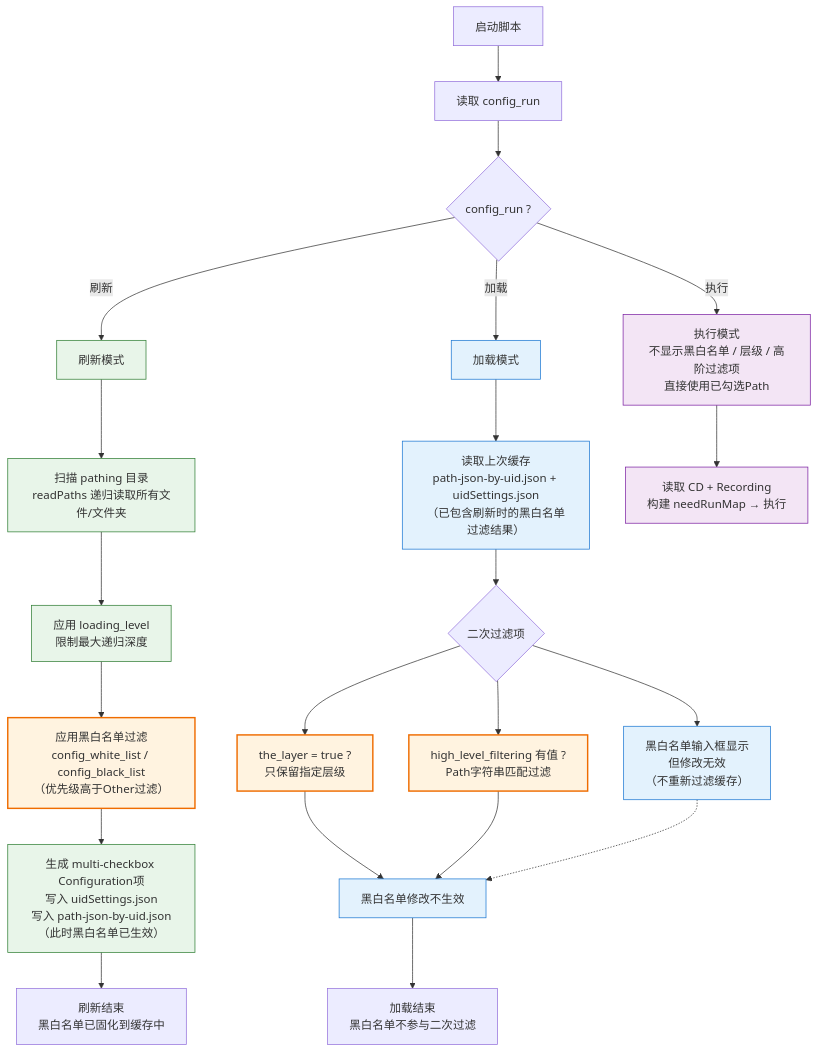
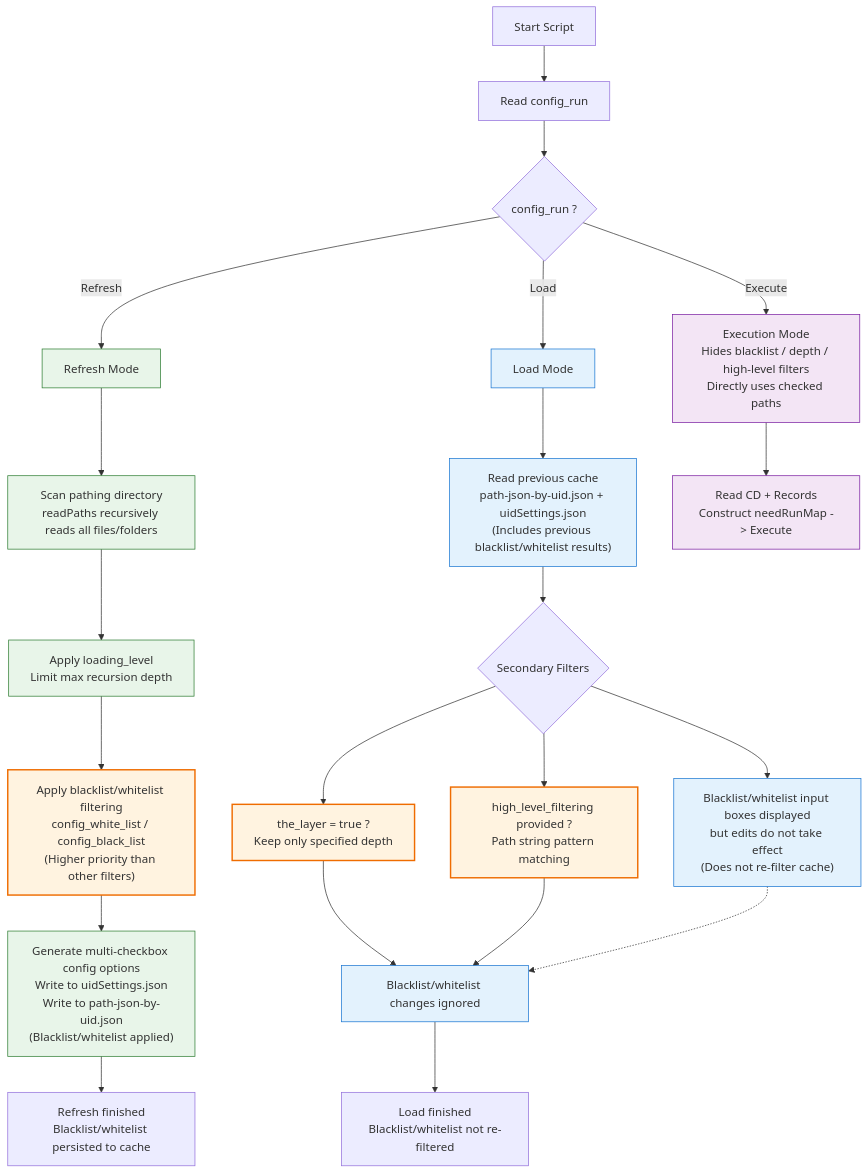
The first of 2 diagrams in repo/js/FullyAutoAndSemiAutoTools/README.md (krammarkro/bettergi-scripts-list-en), drawn with Mermaid before and after one commit. The commit also changed other lines of this file and 91 other files, not shown here.

````diff
--- a/repo/js/FullyAutoAndSemiAutoTools/README.md
+++ b/repo/js/FullyAutoAndSemiAutoTools/README.md
@@ -86,54 +87,54 @@
 ```mermaid
 graph TD
-  A[启动脚本] --> B[读取 config_run]
+  A["Start Script"] --> B["Read config_run"]
 
-  B --> C{config_run ?}
+  B --> C{"config_run ?"}
 
-%% ────────────── 刷新模式 ──────────────
-  C -->|刷新| Refresh[刷新模式]
+%% ────────────── Refresh Mode ──────────────
+  C -->|Refresh| Refresh["Refresh Mode"]
 
-  Refresh --> Scan[扫描 pathing 目录<br>readPaths 递归读取所有文件/文件夹]
+  Refresh --> Scan["Scan pathing directory<br>readPaths recursively reads all files/folders"]
 
-  Scan --> Depth[应用 loading_level<br>限制最大递归深度]
+  Scan --> Depth["Apply loading_level<br>Limit max recursion depth"]
 
-  Depth --> BlackWhite[应用黑白名单过滤<br>config_white_list / config_black_list<br>（优先级高于Other过滤）]
+  Depth --> BlackWhite["Apply blacklist/whitelist filtering<br>config_white_list / config_black_list<br>(Higher priority than other filters)"]
 
-BlackWhite --> Generate[生成 multi-checkbox Configuration项<br>写入 uidSettings.json<br>写入 path-json-by-uid.json<br>（此时黑白名单已生效）]
+  BlackWhite --> Generate["Generate multi-checkbox config options<br>Write to uidSettings.json<br>Write to path-json-by-uid.json<br>(Blacklist/whitelist applied)"]
 
-Generate --> RefreshEnd[刷新结束<br>黑白名单已固化到缓存中]
+  Generate --> RefreshEnd["Refresh finished<br>Blacklist/whitelist persisted to cache"]
 
-%% ────────────── 加载模式 ──────────────
-C -->|加载| Load[加载模式]
+%% ────────────── Load Mode ──────────────
+  C -->|Load| Load["Load Mode"]
 
-Load --> ReadCache[读取上次缓存<br>path-json-by-uid.json + uidSettings.json<br>（已包含刷新时的黑白名单过滤结果）]
+  Load --> ReadCache["Read previous cache<br>path-json-by-uid.json + uidSettings.json<br>(Includes previous blacklist/whitelist results)"]
 
-ReadCache --> LoadFilter{二次过滤项}
+  ReadCache --> LoadFilter{"Secondary Filters"}
 
-LoadFilter --> TheLayer[the_layer = true ?<br>只保留指定层级]
+  LoadFilter --> TheLayer["the_layer = true ?<br>Keep only specified depth"]
 
-LoadFilter --> HighFilter[high_level_filtering 有值 ?<br>Path字符串匹配过滤]
+  LoadFilter --> HighFilter["high_level_filtering provided ?<br>Path string pattern matching"]
 
-LoadFilter --> BlackWhiteLoad[黑白名单输入框显示<br>但修改无效<br>（不重新过滤缓存）]
+  LoadFilter --> BlackWhiteLoad["Blacklist/whitelist input boxes displayed<br>but edits do not take effect<br>(Does not re-filter cache)"]
 
-TheLayer & HighFilter --> ShowOptions[显示最终过滤后的选项列表<br>供用户勾选]
+  TheLayer & HighFilter --> ShowOptions["Display final filtered options list<br>for user selection"]
 
-BlackWhiteLoad -.-> ShowOptions[黑白名单修改不生效]
+  BlackWhiteLoad -.-> ShowOptions["Blacklist/whitelist changes ignored"]
 
-ShowOptions --> LoadEnd[加载结束<br>黑白名单不参与二次过滤]
+  ShowOptions --> LoadEnd["Load finished<br>Blacklist/whitelist not re-filtered"]
 
-%% ────────────── 执行模式 ──────────────
-C -->|执行| Exec[执行模式<br>不显示黑白名单 / 层级 / 高阶过滤项<br>直接使用已勾选Path]
+%% ────────────── Execution Mode ──────────────
+  C -->|Execute| Exec["Execution Mode<br>Hides blacklist / depth / high-level filters<br>Directly uses checked paths"]
 
-Exec --> Run[读取 CD + Recording<br>构建 needRunMap → 执行]
+  Exec --> Run["Read CD + Records<br>Construct needRunMap -> Execute"]
 
-%% 样式
-classDef refresh fill:#e8f5e9,stroke:#2e7d32
-classDef load    fill:#e3f2fd,stroke:#1976d2
-classDef exec    fill:#f3e5f5,stroke:#7b1fa2
-classDef filter  fill:#fff3e0,stroke:#ef6c00,stroke-width:2px
+%% Styles
+  classDef refresh fill:#e8f5e9,stroke:#2e7d32
+  classDef load    fill:#e3f2fd,stroke:#1976d2
+  classDef exec    fill:#f3e5f5,stroke:#7b1fa2
+  classDef filter  fill:#fff3e0,stroke:#ef6c00,stroke-width:2px
 
-class Refresh,Scan,Depth,BlackWhite,Generate refresh
-class Load,ReadCache,TheLayer,HighFilter,BlackWhiteLoad,ShowOptions load
-class Exec,Run exec
-class BlackWhite,TheLayer,HighFilter filter
+  class Refresh,Scan,Depth,BlackWhite,Generate refresh
+  class Load,ReadCache,TheLayer,HighFilter,BlackWhiteLoad,ShowOptions load
+  class Exec,Run exec
+  class BlackWhite,TheLayer,HighFilter filter
 ```
````
